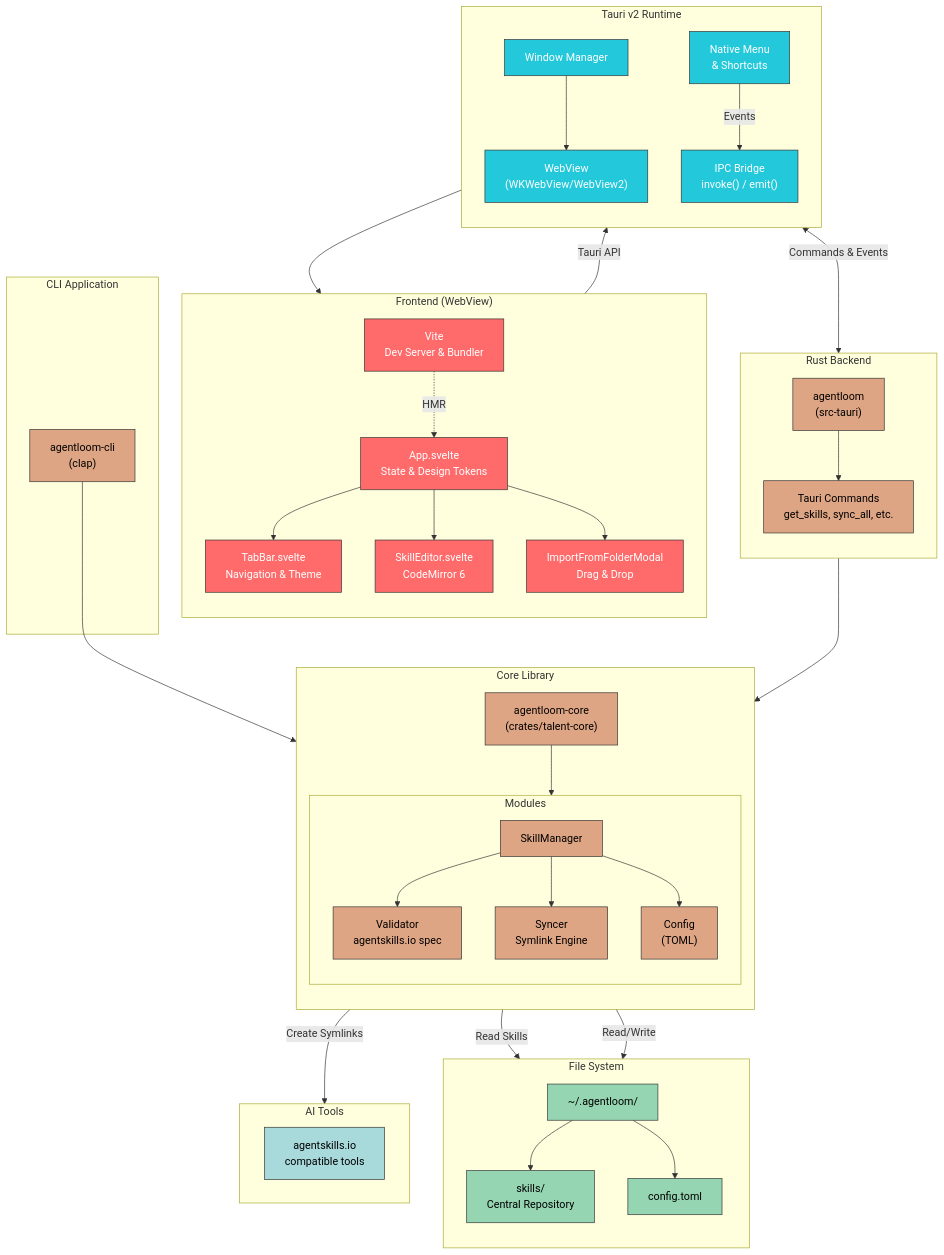
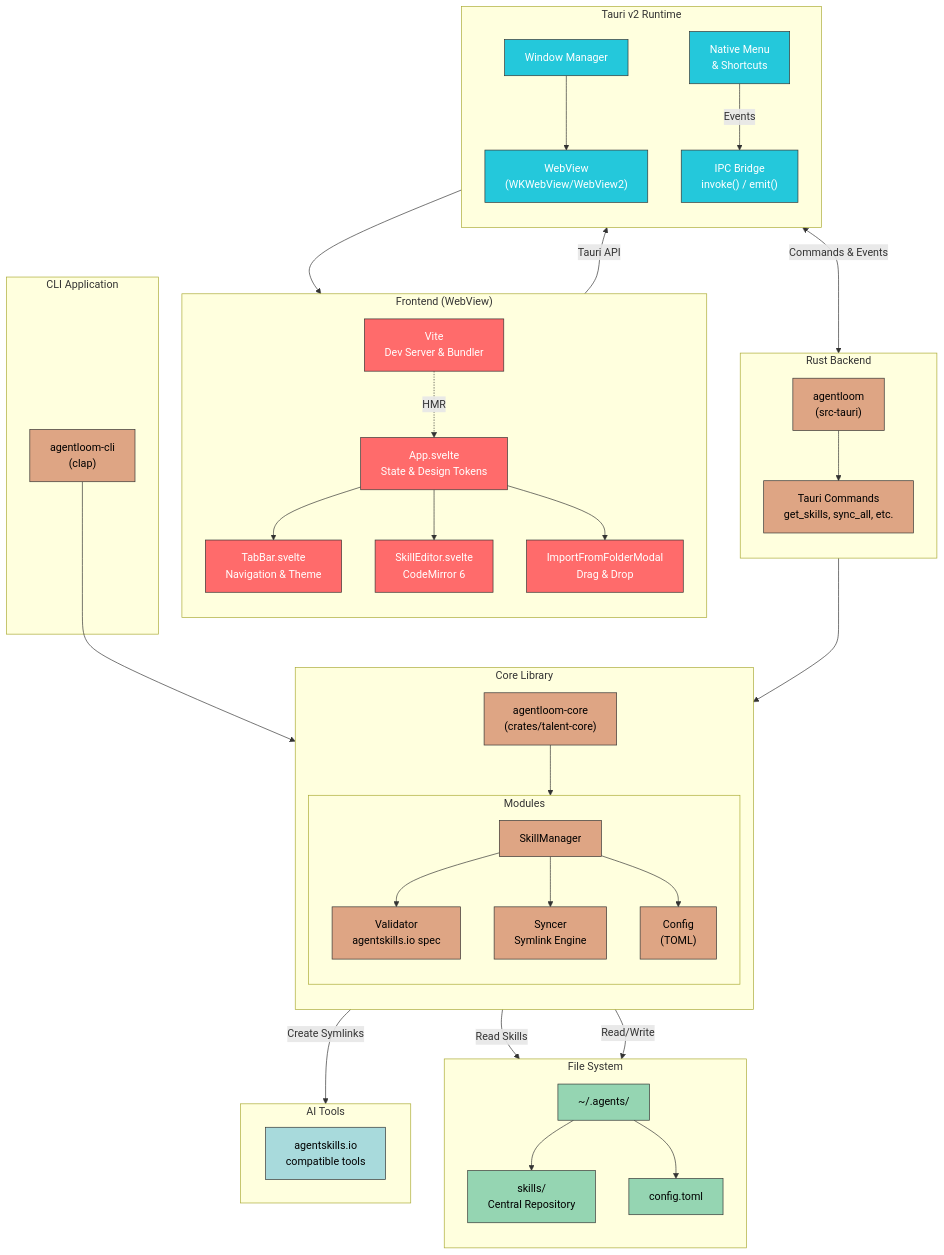
The diagram in docs/ARCHITECTURE.md (Alpha-Coders/agent-loom), drawn with Mermaid before and after one commit. The commit also changed other lines of this file and 8 other files, not shown here.

First line of the commit message:
Change skills directory from ~/.agentloom to ~/.agents

```diff
--- a/docs/ARCHITECTURE.md
+++ b/docs/ARCHITECTURE.md
@@ -60,7 +60,7 @@
 
     subgraph Storage["File System"]
         direction TB
-        AppDir["~/.agentloom/"]
+        AppDir["~/.agents/"]
         SkillsDir["skills/<br/>Central Repository"]
         ConfigFile["config.toml"]
 
```
